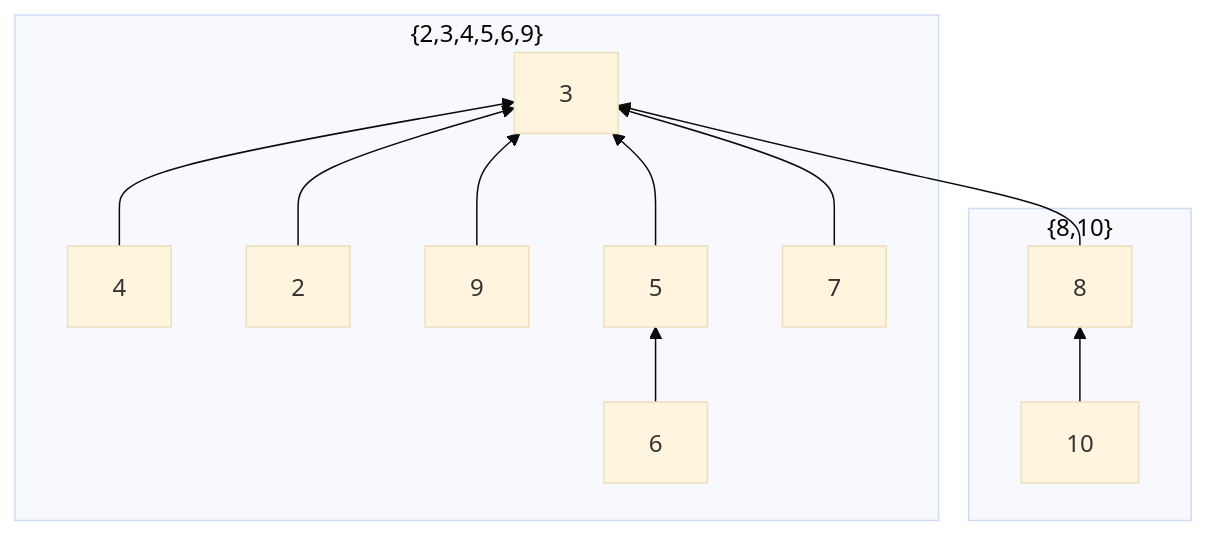
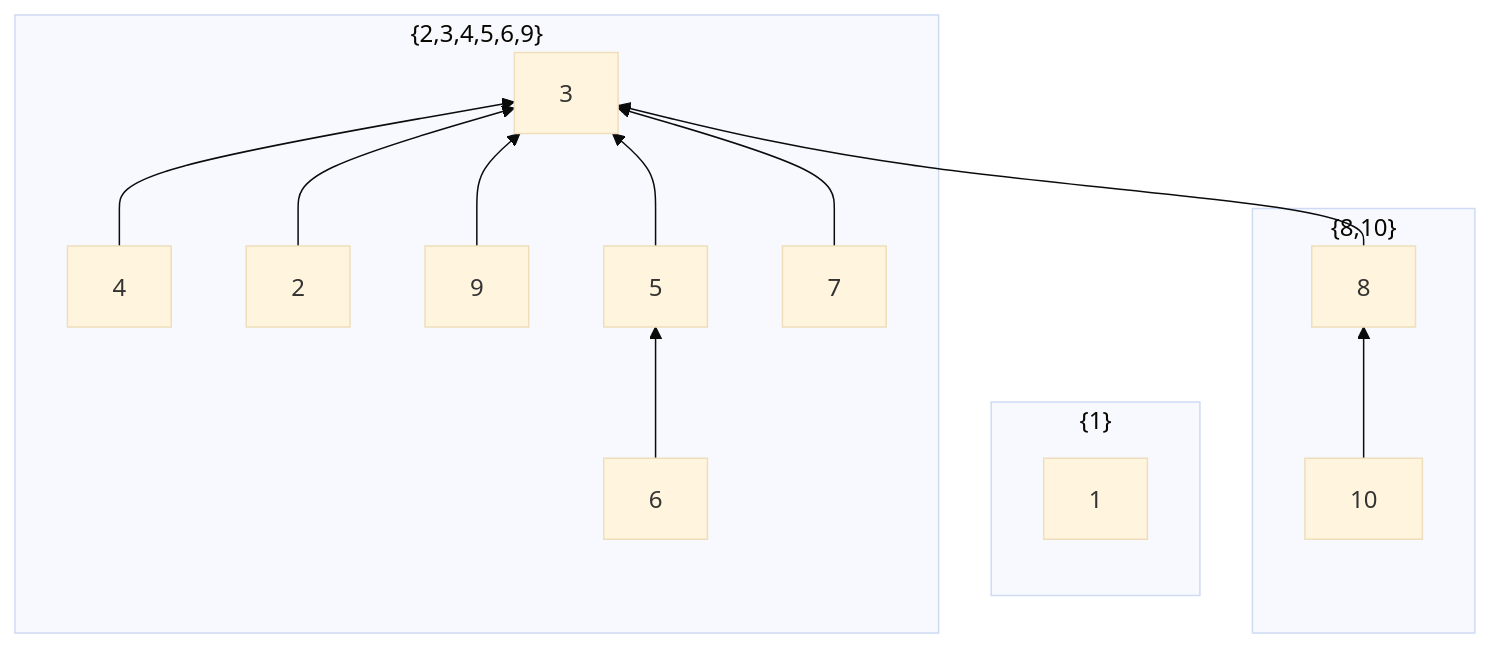
The sixth of 7 diagrams in 2. Letnik/Podatkovne strukture in algoritmi/vaje 22-12-2021.md (Tiggax/Zapiski), drawn with Mermaid (base theme) before and after one commit. The commit also changed other lines of this file and 1 other file, not shown here.

````diff
--- a/2. Letnik/Podatkovne strukture in algoritmi/vaje 22-12-2021.md
+++ b/2. Letnik/Podatkovne strukture in algoritmi/vaje 22-12-2021.md
@@ -78,14 +87,17 @@
 ```mermaid
 graph BT
 subgraph "{2,3,4,5,6,9}"
 4-->3
 2-->3
 9-->3
 6-->5-->3
 7-->3
 end
 subgraph "{8,10}"
 10-->8
 end
+subgraph "{1}"
+1
+end
 8-->3
 ```
````
